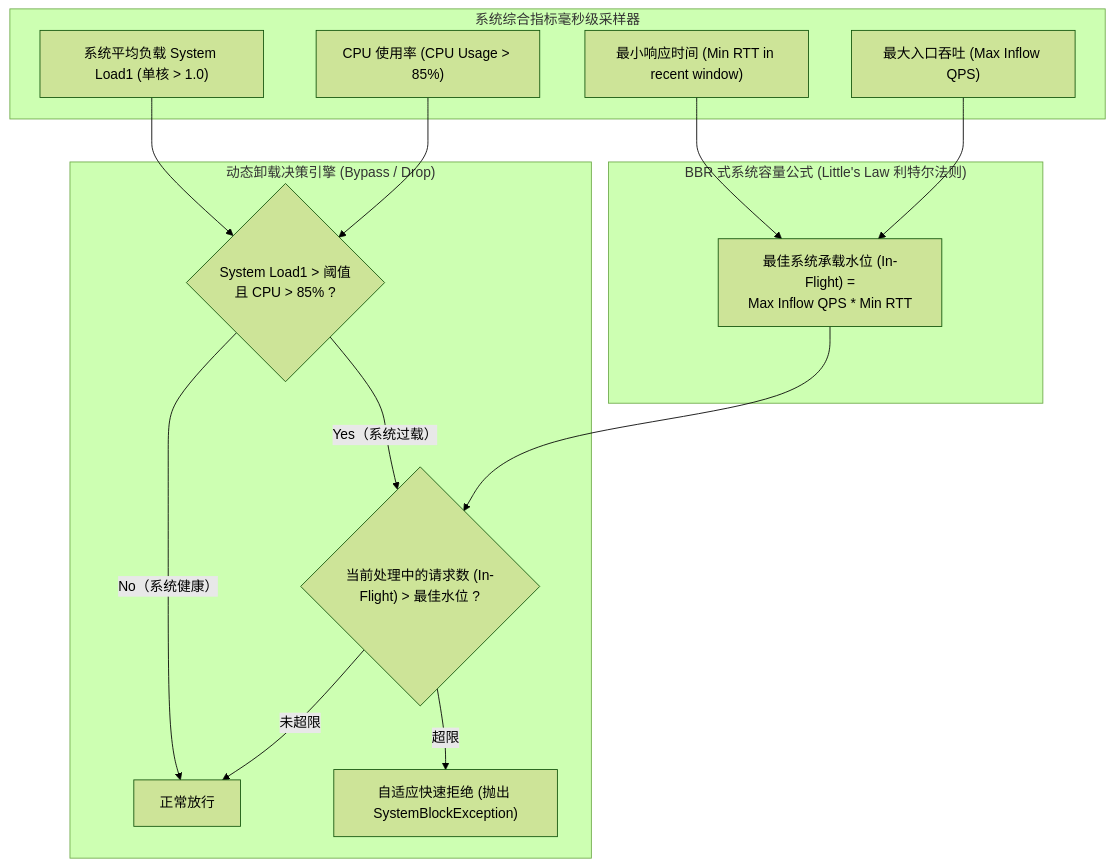
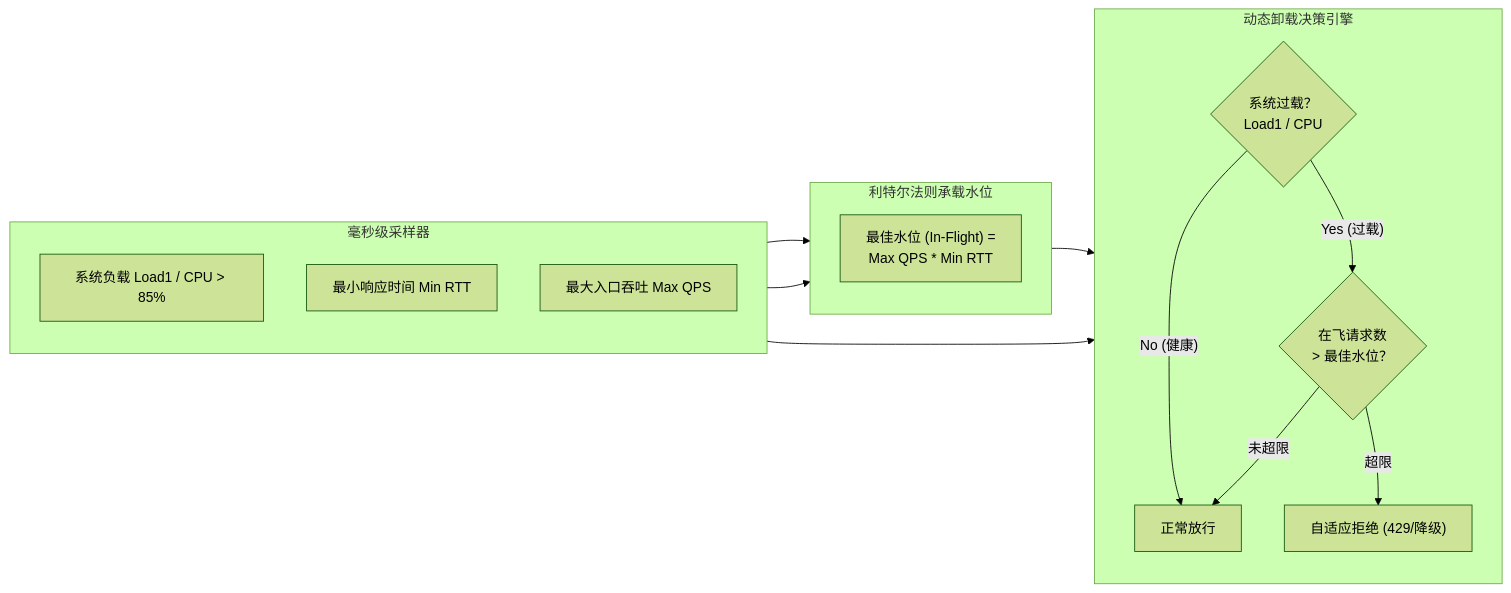
The fifth of 5 diagrams in content/posts/interview-deep-dives/interview-60-distributed-circuit-breaker-sentinel-hystrix.md (MoreConsequence/MoreConsequence.github.io), drawn with Mermaid (forest theme) before and after one commit. The commit also changed other lines of this file and 835 other files, not shown here.

First line of the commit message:
feat(blog): 全站33篇新增深度专栏与博文全量审核上线及矢量图表优化

````diff
--- a/content/posts/interview-deep-dives/interview-60-distributed-circuit-breaker-sentinel-hystrix.md
+++ b/content/posts/interview-deep-dives/interview-60-distributed-circuit-breaker-sentinel-hystrix.md
@@ -189,30 +180,31 @@
 ```mermaid
-flowchart TD
-    subgraph MetricsCollector["系统综合指标毫秒级采样器"]
-        M1["系统平均负载 System Load1 (单核 > 1.0)"]
-        M2["CPU 使用率 (CPU Usage > 85%)"]
-        M3["最小响应时间 (Min RTT in recent window)"]
-        M4["最大入口吞吐 (Max Inflow QPS)"]
+flowchart LR
+    subgraph Metrics["毫秒级采样器"]
+        direction TB
+        M1["系统负载 Load1 / CPU > 85%"]
+        M2["最小响应时间 Min RTT"]
+        M3["最大入口吞吐 Max QPS"]
     end
 
-    subgraph BBRWatermark["BBR 式系统容量公式 (Little's Law 利特尔法则)"]
-        Formula["最佳系统承载水位 (In-Flight) =\nMax Inflow QPS * Min RTT"]
+    subgraph BBRWatermark["利特尔法则承载水位"]
+        direction TB
+        Formula["最佳水位 (In-Flight) =<br/>Max QPS * Min RTT"]
     end
 
-    subgraph DecisionMaker["动态卸载决策引擎 (Bypass / Drop)"]
-        CondCheck{"System Load1 > 阈值\n且 CPU > 85% ?"}
-        InFlightCheck{"当前处理中的请求数 (In-Flight) > 最佳水位 ?"}
+    subgraph DecisionMaker["动态卸载决策引擎"]
+        direction TB
+        CondCheck{"系统过载？<br/>Load1 / CPU"}
+        InFlightCheck{"在飞请求数<br/>> 最佳水位？"}
         Pass["正常放行"]
-        Drop["自适应快速拒绝 (抛出 SystemBlockException)"]
+        Drop["自适应拒绝 (429/降级)"]
     end
 
     M1 --> CondCheck
-    M2 --> CondCheck
+    M2 --> Formula
     M3 --> Formula
-    M4 --> Formula
     Formula --> InFlightCheck
-    CondCheck -->|"Yes（系统过载）"| InFlightCheck
-    CondCheck -->|"No（系统健康）"| Pass
+    CondCheck -->|"Yes (过载)"| InFlightCheck
+    CondCheck -->|"No (健康)"| Pass
     InFlightCheck -->|"超限"| Drop
     InFlightCheck -->|"未超限"| Pass
 ```
````
